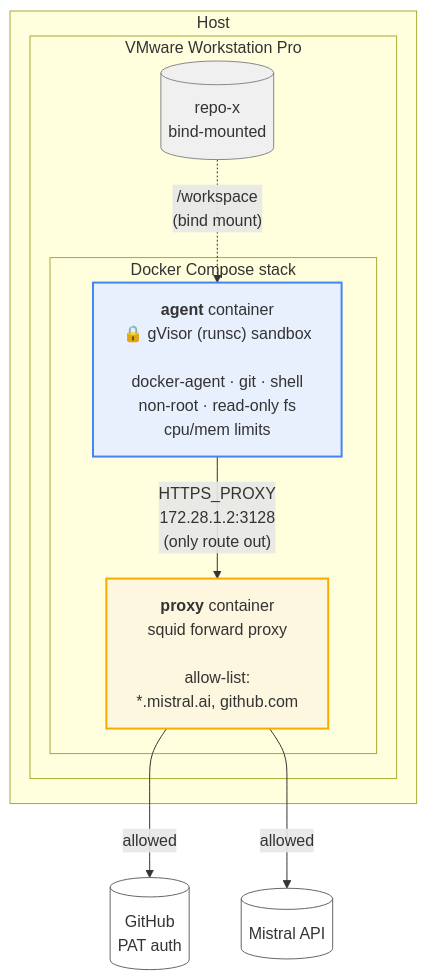
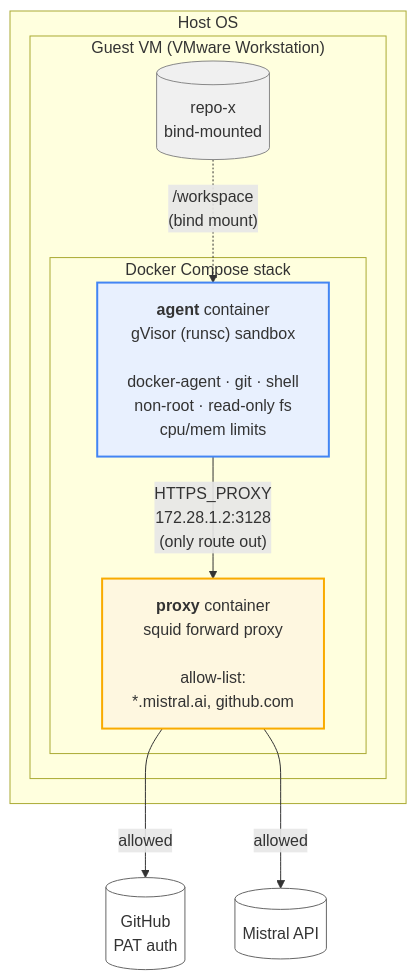
One commit to ironlegit/misty changed the diagram in README.md. Above: the diagram before and after it, drawn with Mermaid. The commit also changed other lines of this file, not shown here.

````diff
--- a/README.md
+++ b/README.md
@@ -7,25 +7,25 @@
 ```mermaid
 graph TB
-    subgraph WIN["Host"]
-        subgraph VM["VMware Workstation Pro"]
+    subgraph HOST["Host OS"]
+        subgraph VM["Guest VM (VMware Workstation)"]
             REPO[("repo-x<br/>bind-mounted")]
 
             subgraph STACK["Docker Compose stack"]
-                AGENT["<b>agent</b> container<br/>🔒 gVisor (runsc) sandbox<br/><br/>docker-agent · git · shell<br/>non-root · read-only fs<br/>cpu/mem limits"]
+                AGENT["<b>agent</b> container<br/>gVisor (runsc) sandbox<br/><br/>docker-agent · git · shell<br/>non-root · read-only fs<br/>cpu/mem limits"]
                 PROXY["<b>proxy</b> container<br/>squid forward proxy<br/><br/>allow-list:<br/>*.mistral.ai, github.com"]
             end
 
             REPO -.->|"/workspace<br/>(bind mount)"| AGENT
         end
     end
 
     AGENT -->|"HTTPS_PROXY<br/>172.28.1.2:3128<br/>(only route out)"| PROXY
     PROXY -->|allowed| GH[("GitHub<br/>PAT auth")]
     PROXY -->|allowed| MISTRAL[("Mistral API")]
 
     style AGENT fill:#e8f0fe,stroke:#4285f4,stroke-width:2px
     style PROXY fill:#fef7e0,stroke:#f9ab00,stroke-width:2px
     style REPO fill:#f0f0f0,stroke:#888
     style GH fill:#fff,stroke:#666
     style MISTRAL fill:#fff,stroke:#666
 ```
````
